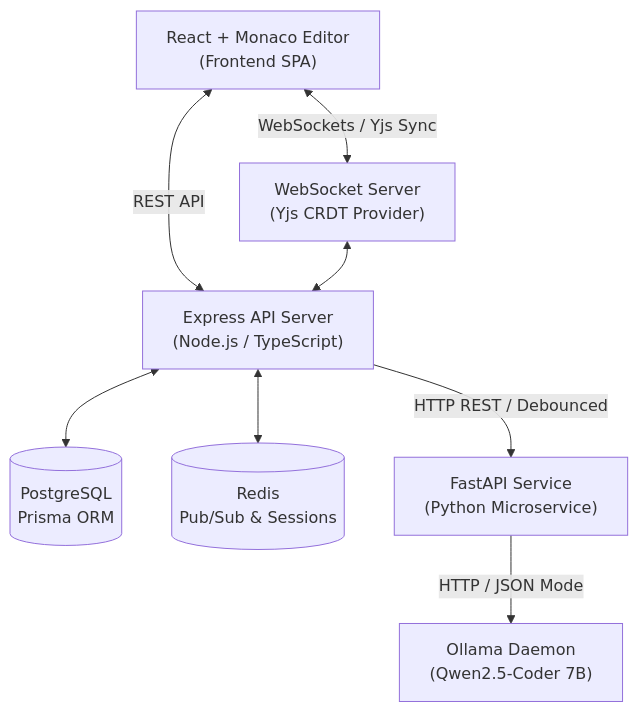
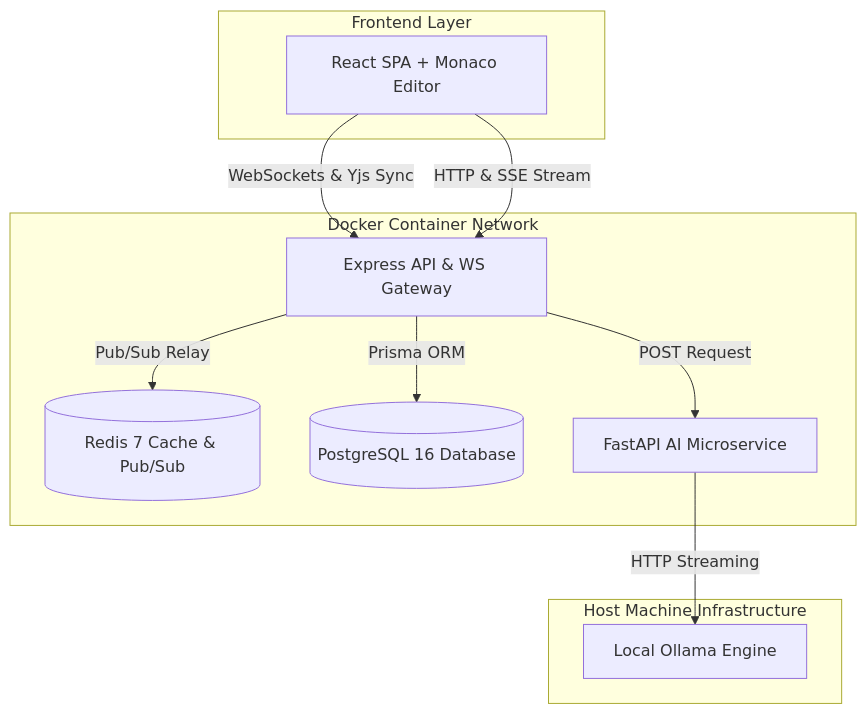
Before and after one commit to Shivang-Mishra-20/PeerCode: the first of 4 diagrams in docs/ARCHITECTURE.md, drawn with Mermaid. The commit also changed other lines of this file and 8 other files, not shown here.

````diff
--- a/docs/ARCHITECTURE.md
+++ b/docs/ARCHITECTURE.md
@@ -7,18 +11,24 @@
 ```mermaid
 flowchart TD
-    Client["React + Monaco Editor\n(Frontend SPA)"]
-    WS["WebSocket Server\n(Yjs CRDT Provider)"]
-    API["Express API Server\n(Node.js / TypeScript)"]
-    DB[(PostgreSQL\nPrisma ORM)]
-    Cache[(Redis\nPub/Sub & Sessions)]
-    AI["FastAPI Service\n(Python Microservice)"]
-    Ollama["Ollama Daemon\n(Qwen2.5-Coder 7B)"]
+    subgraph ClientLayer["Frontend Layer"]
+        SPA["React SPA + Monaco Editor"]
+    end
 
-    Client <-->|WebSockets / Yjs Sync| WS
-    Client <-->|REST API| API
-    WS <--> API
-    API <--> DB
-    API <--> Cache
-    API -->|HTTP REST / Debounced| AI
-    AI -->|HTTP / JSON Mode| Ollama
+    subgraph InfrastructureLayer["Docker Container Network"]
+        GW["Express API & WS Gateway"]
+        Redis[("Redis 7 Cache & Pub/Sub")]
+        PG[("PostgreSQL 16 Database")]
+        AI["FastAPI AI Microservice"]
+    end
+
+    subgraph HostLayer["Host Machine Infrastructure"]
+        Ollama["Local Ollama Engine"]
+    end
+
+    SPA -->|WebSockets & Yjs Sync| GW
+    SPA -->|HTTP & SSE Stream| GW
+    GW -->|Pub/Sub Relay| Redis
+    GW -->|Prisma ORM| PG
+    GW -->|POST Request| AI
+    AI -->|HTTP Streaming| Ollama
 ```
````
